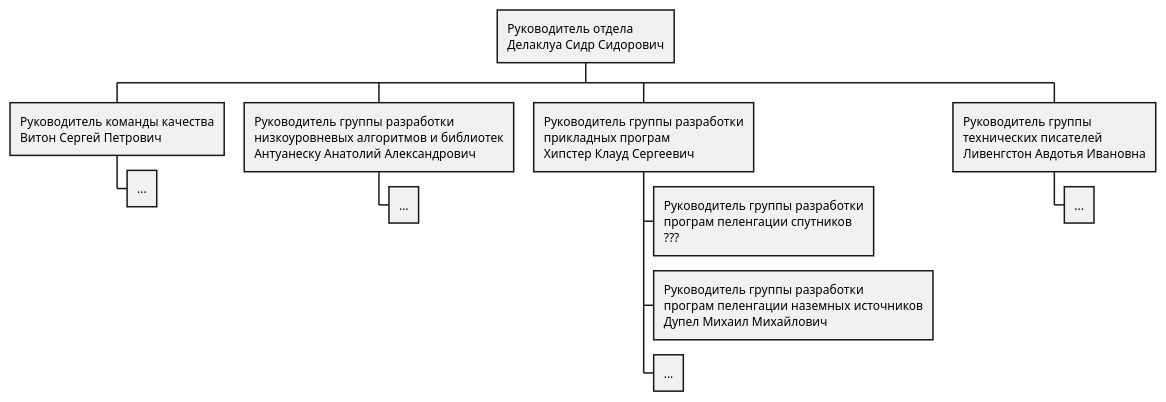
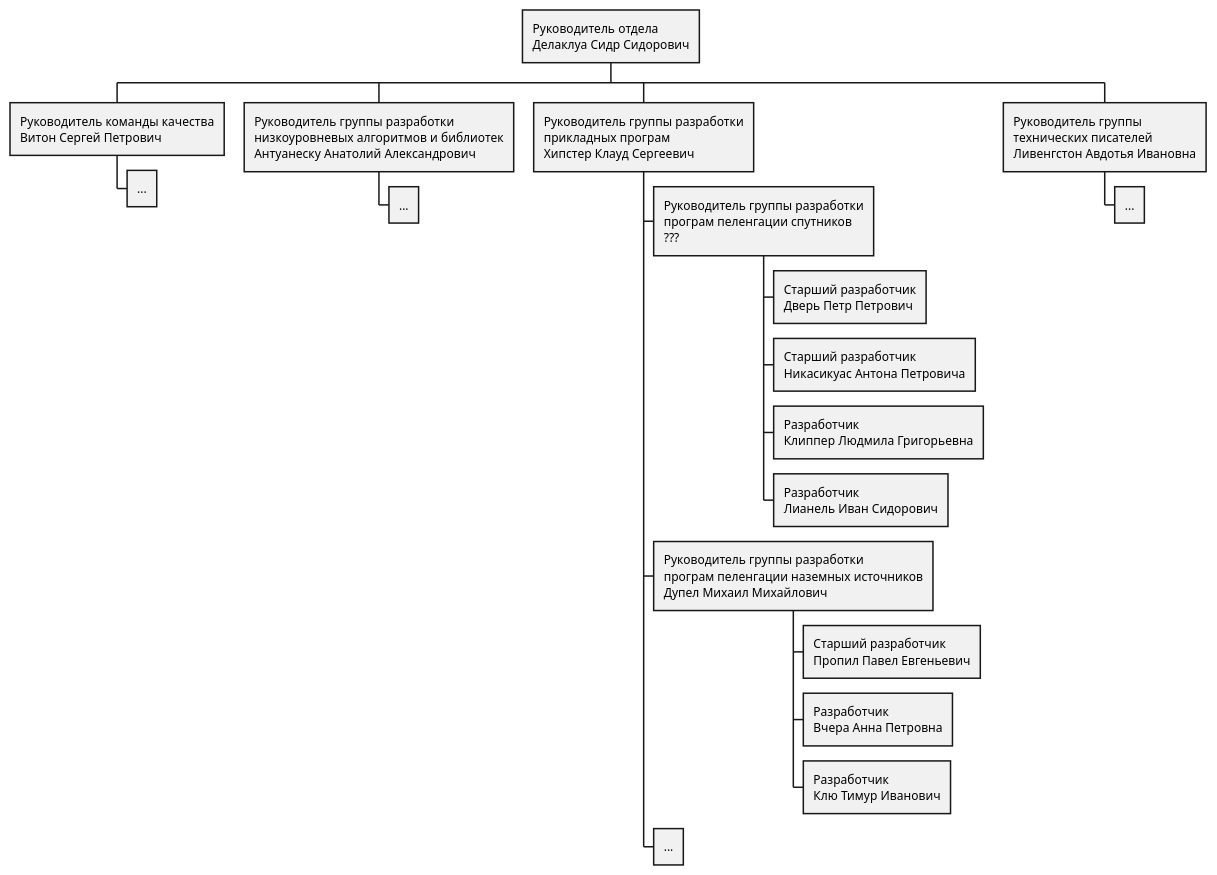
One commit to KirillAmurskiy/otus-teamlead2-2020-02 changed the diagram in tasks/21-choosing-leads/structure.puml. Above: the diagram before and after it, drawn with PlantUML. The commit also changed 2 other files, not shown here.

```diff
--- a/tasks/21-choosing-leads/structure.puml
+++ b/tasks/21-choosing-leads/structure.puml
@@ -1,13 +1,20 @@
 @startwbs
 * Руководитель отдела\nДелаклуа Сидр Сидорович
 ** Руководитель команды качества\nВитон Сергей Петрович
 *** ...
 ** Руководитель группы разработки\nнизкоуровневых алгоритмов и библиотек\nАнтуанеску Анатолий Александрович
 *** ...
 ** Руководитель группы разработки\nприкладных програм\nХипстер Клауд Сергеевич
 *** Руководитель группы разработки\nпрограм пеленгации спутников\n???
+**** Старший разработчик\nДверь Петр Петрович
+**** Старший разработчик\nНикасикуас Антона Петровича
+**** Разработчик\nКлиппер Людмила Григорьевна
+**** Разработчик\nЛианель Иван Сидорович
 *** Руководитель группы разработки\nпрограм пеленгации наземных источников\nДупел Михаил Михайлович
+**** Старший разработчик\nПропил Павел Евгеньевич
+**** Разработчик\nВчера Анна Петровна
+**** Разработчик\nКлю Тимур Иванович
 *** ...
 ** Руководитель группы\nтехнических писателей\nЛивенгстон Авдотья Ивановна
 *** ...
 @endwbs
```
